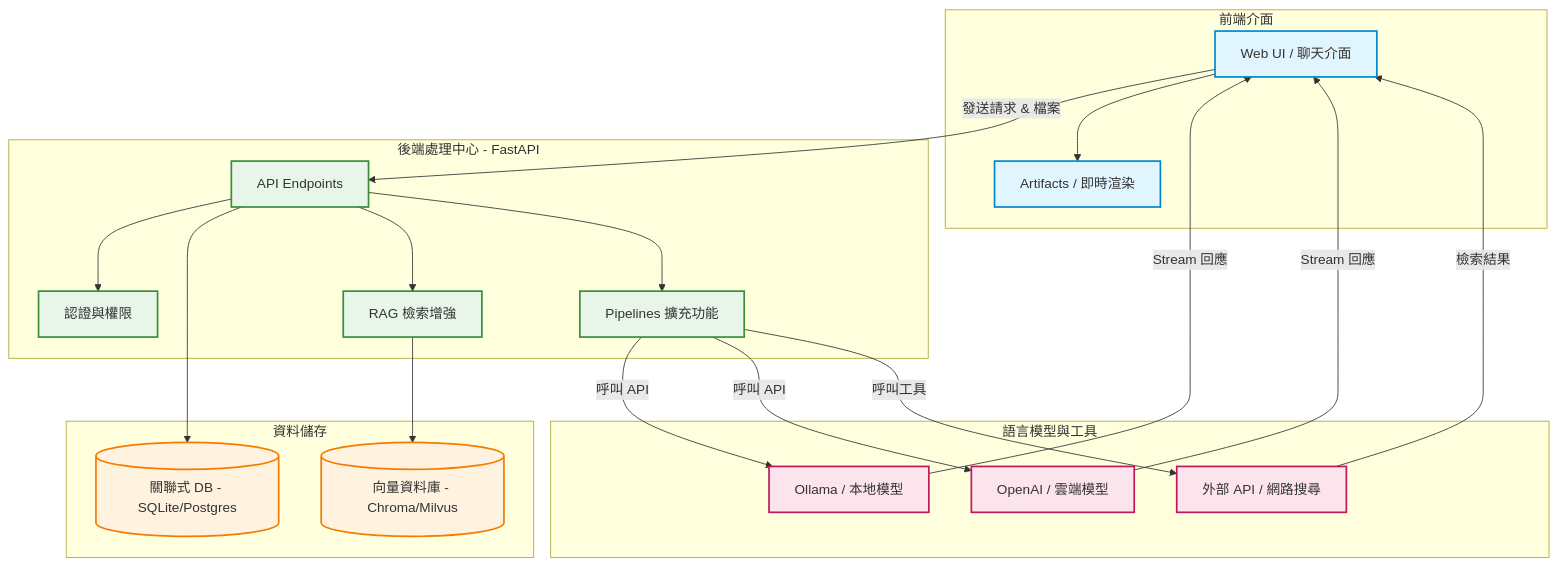
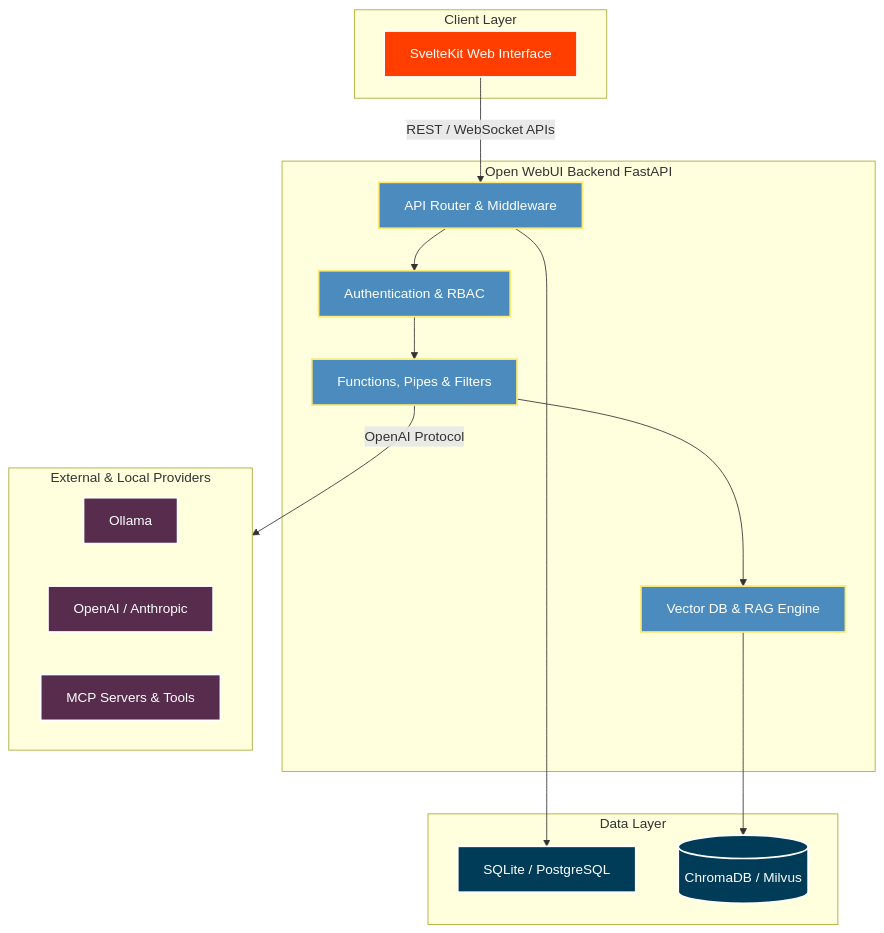
Before and after one commit to dengkai-shih/learn-notes: the first of 2 diagrams in 02-ai/ollama/01-ollama-docker.md, drawn with Mermaid. The commit also changed other lines of this file and 2 other files, not shown here.

Commit message:
2026-06-20 mermaid chart

````diff
--- a/02-ai/ollama/01-ollama-docker.md
+++ b/02-ai/ollama/01-ollama-docker.md
@@ -192,59 +192,51 @@
 ```mermaid
-%% Open WebUI 介面
 graph TD
-    %% 定義樣式
-    classDef frontend fill:#e1f5fe,stroke:#0288d1,stroke-width:2px;
-    classDef backend fill:#e8f5e9,stroke:#388e3c,stroke-width:2px;
-    classDef storage fill:#fff3e0,stroke:#f57c00,stroke-width:2px;
-    classDef ai fill:#fce4ec,stroke:#c2185b,stroke-width:2px;
+    %% Define Styles
+    classDef frontend fill:#ff3e00,stroke:#fff,stroke-width:2px,color:#fff;
+    classDef backend fill:#4B8BBE,stroke:#FFE873,stroke-width:2px,color:#fff;
+    classDef database fill:#003B57,stroke:#fff,stroke-width:2px,color:#fff;
+    classDef llm fill:#582C4D,stroke:#fff,stroke-width:2px,color:#fff;
 
-    %% 前端
-    subgraph Frontend [前端介面]
-        UI[Web UI / 聊天介面]:::frontend
-        Art[Artifacts / 即時渲染]:::frontend
+    %% Client Layer
+    subgraph Frontend [Client Layer]
+        UI[SvelteKit Web Interface]
     end
 
-    %% 後端
-    subgraph Backend [後端處理中心 - FastAPI]
-        API[API Endpoints]:::backend
-        Auth[認證與權限]:::backend
-        RAG[RAG 檢索增強]:::backend
-        Pipe[Pipelines 擴充功能]:::backend
+    %% Core Application Layer
+    subgraph Backend [Open WebUI Backend FastAPI]
+        AUTH[Authentication & RBAC]
+        ROUTE[API Router & Middleware]
+        PIPES[Functions, Pipes & Filters]
+        RAG[Vector DB & RAG Engine]
     end
 
-    %% 資料庫
-    subgraph Database [資料儲存]
-        DB[(關聯式 DB - SQLite/Postgres)]:::storage
-        Vec[(向量資料庫 - Chroma/Milvus)]:::storage
+    %% Storage Layer
+    subgraph DB [Data Layer]
+        SQL[SQLite / PostgreSQL]
+        VDB[(ChromaDB / Milvus)]
     end
 
-    %% 外部 AI
-    subgraph AI_Models [語言模型與工具]
-        Ollama[Ollama / 本地模型]:::ai
-        OpenAI[OpenAI / 雲端模型]:::ai
-        ExtAPI[外部 API / 網路搜尋]:::ai
+    %% LLM / AI Providers
+    subgraph Providers [External & Local Providers]
+        OLL[Ollama]
+        OPENAI[OpenAI / Anthropic]
+        MCP[MCP Servers & Tools]
     end
 
-    %% 連線與資料流
-    UI -->|發送請求 & 檔案| API
-    API --> Auth
-    API --> DB
+    %% Flow of Data
+    UI -- "REST / WebSocket APIs" --> ROUTE
+    ROUTE --> AUTH
+    AUTH --> PIPES
+    PIPES --> RAG
     
-    %% RAG 流程
-    API --> RAG
-    RAG --> Vec
-    
-    %% Pipeline 流程
-    API --> Pipe
-    
-    %% 呼叫模型
-    Pipe -->|呼叫 API| Ollama
-    Pipe -->|呼叫 API| OpenAI
-    Pipe -->|呼叫工具| ExtAPI
-    
-    %% 回傳結果
-    Ollama -->|Stream 回應| UI
-    OpenAI -->|Stream 回應| UI
-    ExtAPI -->|檢索結果| UI
-    UI --> Art
+    RAG --> VDB
+    ROUTE --> SQL
+
+    PIPES -->|OpenAI Protocol| Providers
+
+    %% Apply Classes
+    class UI frontend;
+    class AUTH,ROUTE,PIPES,RAG backend;
+    class SQL,VDB database;
+    class OLL,OPENAI,MCP llm;
 ```
````
